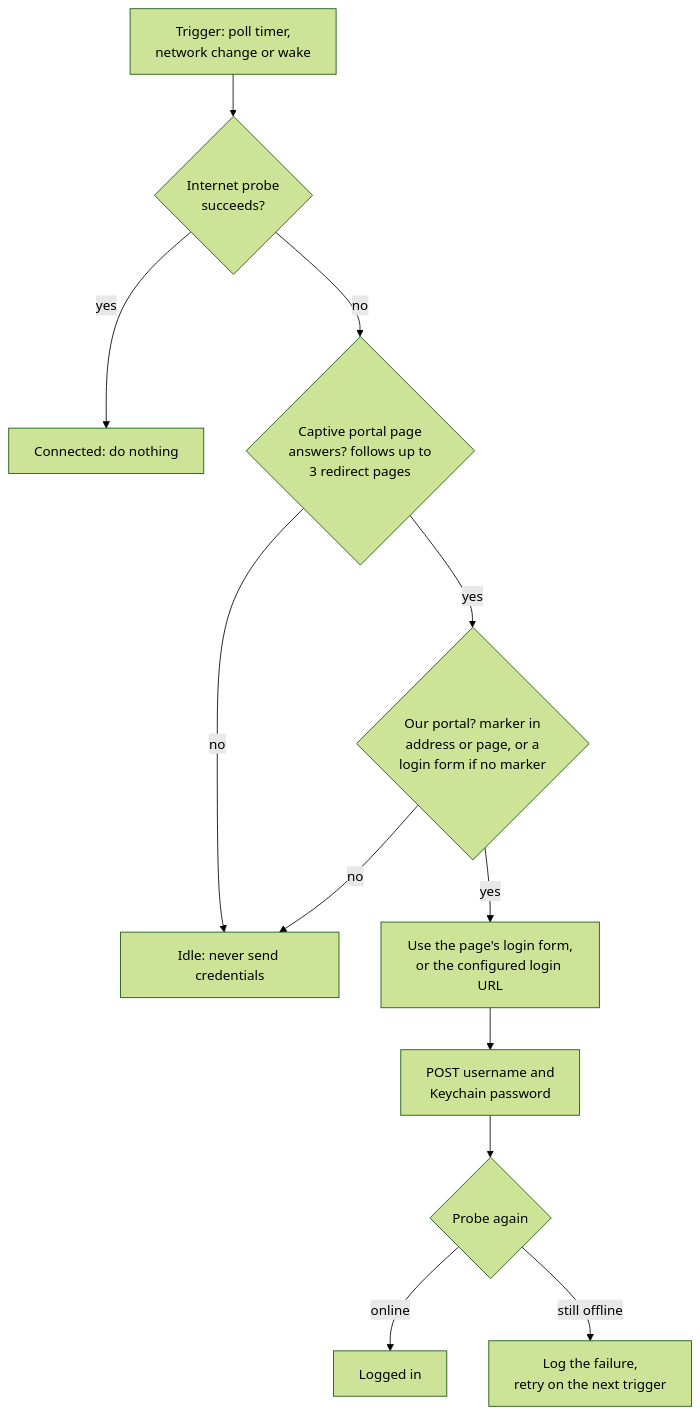
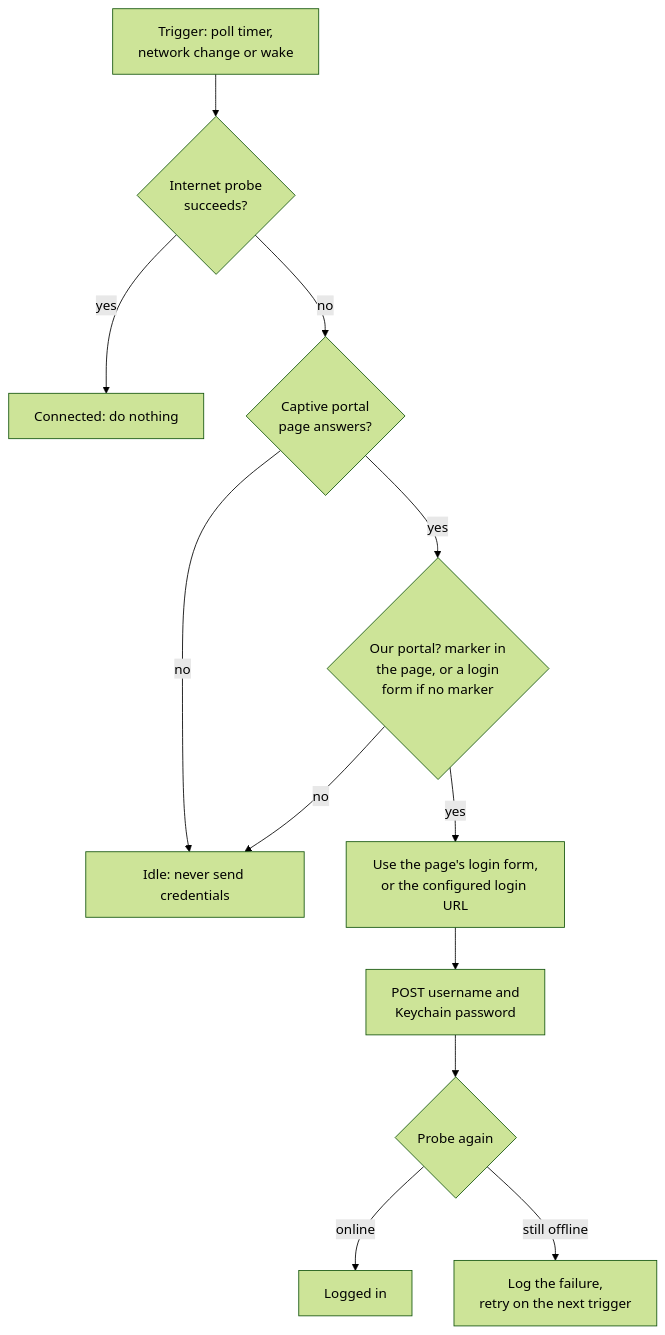
One commit to davidwidagdo/wifi-butler changed the first of 2 diagrams in README.md. Above: the diagram before and after it, drawn with Mermaid (forest theme). The commit also changed other lines of this file and 1 other file, not shown here.

Commit message:
docs(wifi-butler): tidy the READMEs

````diff
--- a/README.md
+++ b/README.md
@@ -36,14 +36,14 @@
 ```mermaid
 flowchart TD
   T[Trigger: poll timer,<br/>network change or wake] --> P{Internet probe<br/>succeeds?}
   P -->|yes| C[Connected: do nothing]
-  P -->|no| G{Captive portal page<br/>answers? follows up to<br/>3 redirect pages}
+  P -->|no| G{Captive portal<br/>page answers?}
   G -->|no| I[Idle: never send credentials]
-  G -->|yes| M{Our portal? marker in<br/>address or page, or a<br/>login form if no marker}
+  G -->|yes| M{Our portal? marker in<br/>the page, or a login<br/>form if no marker}
   M -->|no| I
   M -->|yes| F[Use the page's login form,<br/>or the configured login URL]
   F --> L[POST username and<br/>Keychain password]
   L --> R{Probe again}
   R -->|online| OK[Logged in]
   R -->|still offline| X[Log the failure,<br/>retry on the next trigger]
 ```
````
